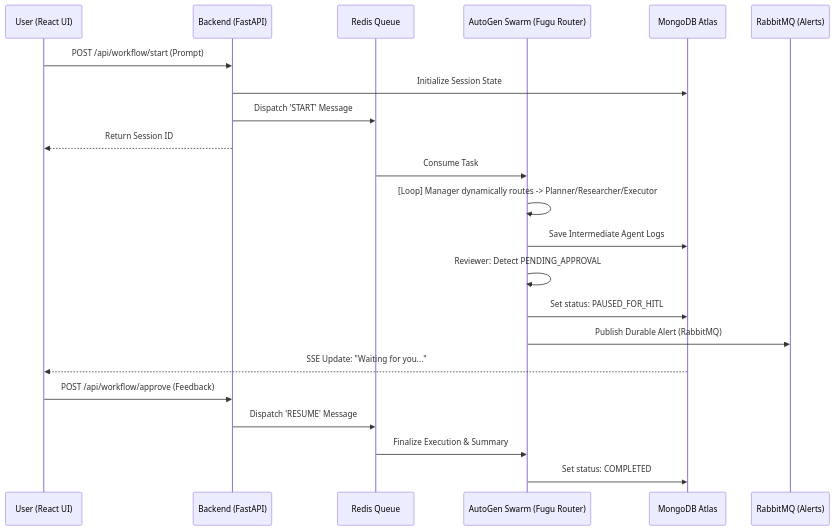
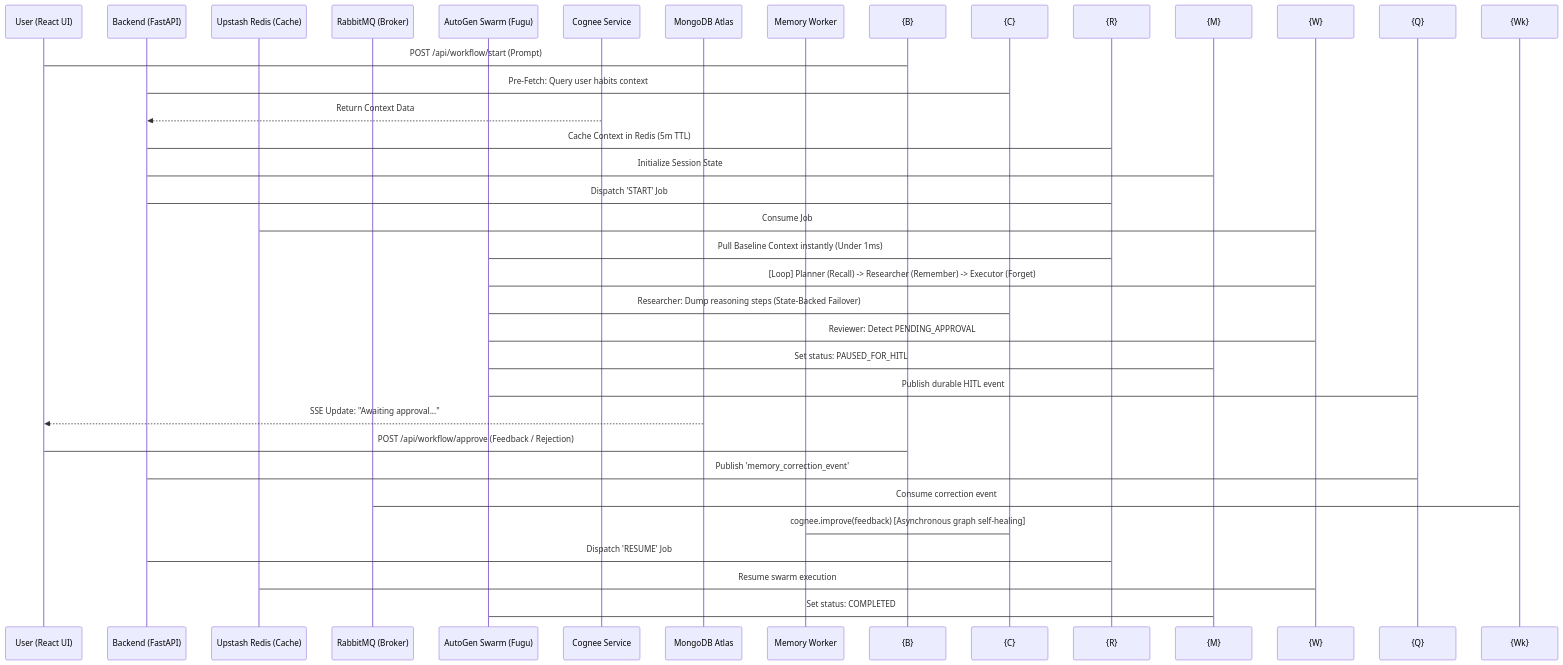
The diagram in README.md (Ankit-cs/multimodal), drawn with Mermaid before and after one commit. The commit also changed other lines of this file, not shown here.

Commit message:
updated readme for project with cognee layer

````diff
--- a/README.md
+++ b/README.md
@@ -41,25 +47,33 @@
 ```mermaid
 sequenceDiagram
     participant U as User (React UI)
     participant B as Backend (FastAPI)
-    participant Q_Fast as Redis Queue
-    participant W as AutoGen Swarm (Fugu Router)
-    participant D as MongoDB Atlas
-    participant Q_Crit as RabbitMQ (Alerts)
+    participant R as Upstash Redis (Cache)
+    participant Q as RabbitMQ (Broker)
+    participant W as AutoGen Swarm (Fugu)
+    participant C as Cognee Service
+    participant M as MongoDB Atlas
+    participant Wk as Memory Worker
 
-    U->>B: POST /api/workflow/start (Prompt)
-    B->>D: Initialize Session State
-    B->>Q_Fast: Dispatch 'START' Message
-    B-->>U: Return Session ID
-    Q_Fast->>W: Consume Task
-    W->>W: [Loop] Manager dynamically routes -> Planner/Researcher/Executor
-    W->>D: Save Intermediate Agent Logs
-    W->>W: Reviewer: Detect PENDING_APPROVAL
-    W->>D: Set status: PAUSED_FOR_HITL
-    W->>Q_Crit: Publish Durable Alert (RabbitMQ)
-    D-->>U: SSE Update: "Waiting for you..."
-    U->>B: POST /api/workflow/approve (Feedback)
-    B->>Q_Fast: Dispatch 'RESUME' Message
-    Q_Fast->>W: Finalize Execution & Summary
-    W->>D: Set status: COMPLETED
+    U->{B}: POST /api/workflow/start (Prompt)
+    B->{C}: Pre-Fetch: Query user habits context
+    C-->>B: Return Context Data
+    B->{R}: Cache Context in Redis (5m TTL)
+    B->{M}: Initialize Session State
+    B->{R}: Dispatch 'START' Job
+    R->{W}: Consume Job
+    W->{R}: Pull Baseline Context instantly (Under 1ms)
+    W->{W}: [Loop] Planner (Recall) -> Researcher (Remember) -> Executor (Forget)
+    W->{C}: Researcher: Dump reasoning steps (State-Backed Failover)
+    W->{W}: Reviewer: Detect PENDING_APPROVAL
+    W->{M}: Set status: PAUSED_FOR_HITL
+    W->{Q}: Publish durable HITL event
+    M-->>U: SSE Update: "Awaiting approval..."
+    U->{B}: POST /api/workflow/approve (Feedback / Rejection)
+    B->{Q}: Publish 'memory_correction_event'
+    Q->{Wk}: Consume correction event
+    Wk->{C}: cognee.improve(feedback) [Asynchronous graph self-healing]
+    B->{R}: Dispatch 'RESUME' Job
+    R->{W}: Resume swarm execution
+    W->{M}: Set status: COMPLETED
 ```
````
